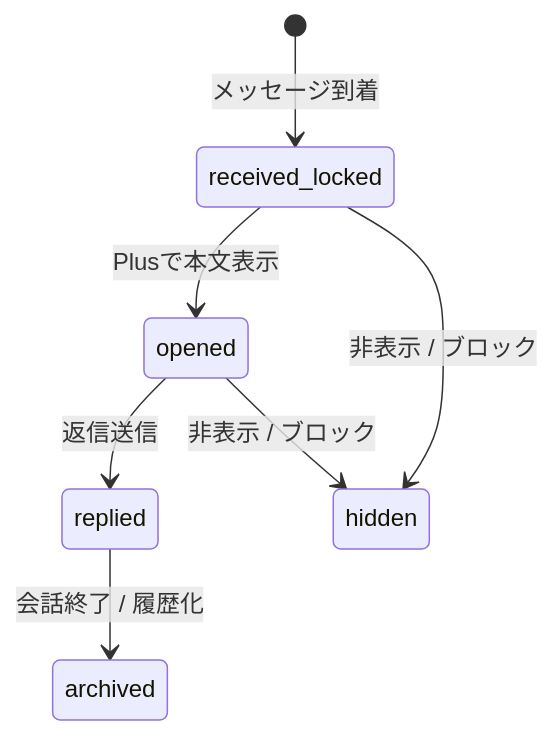
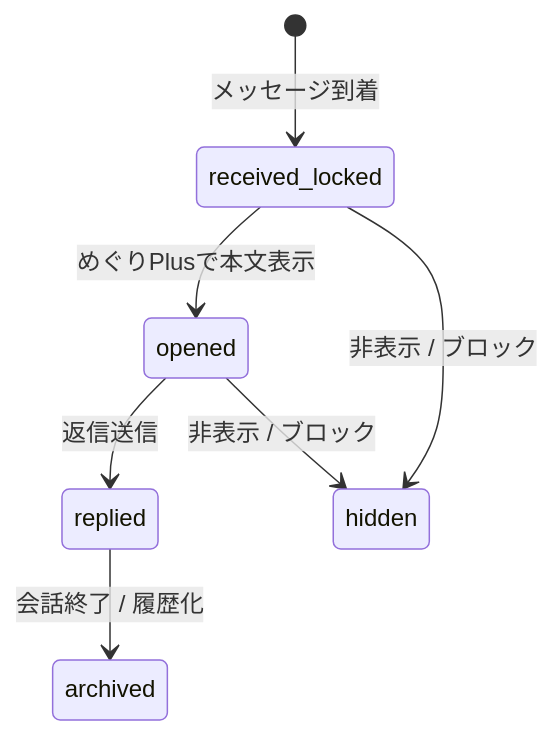
Diagram 11 of 16 in notes/09_state_machines.md (mashimabizz/Megrum_design), drawn with Mermaid before and after one commit. The commit also changed other lines of this file and 20 other files, not shown here.

````diff
--- a/notes/09_state_machines.md
+++ b/notes/09_state_machines.md
@@ -598,9 +598,9 @@
 ```mermaid
 stateDiagram-v2
     [*] --> received_locked: メッセージ到着
-    received_locked --> opened: Plusで本文表示
+    received_locked --> opened: めぐりPlusで本文表示
     opened --> replied: 返信送信
     received_locked --> hidden: 非表示 / ブロック
     opened --> hidden: 非表示 / ブロック
     replied --> archived: 会話終了 / 履歴化
 ```
````
